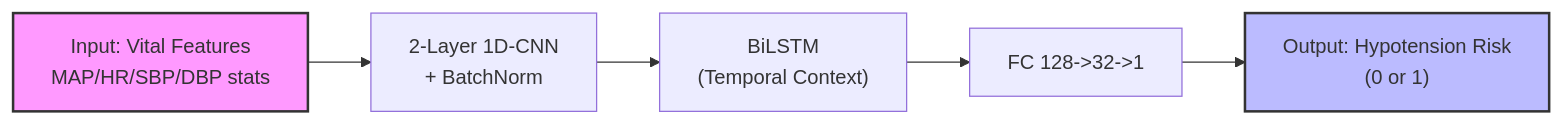
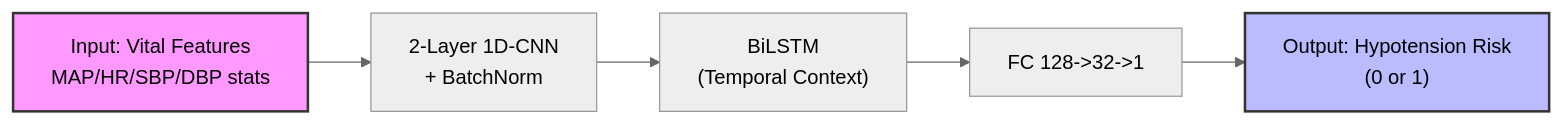
One commit to heuiseung/VitalDB-Hypotension-Prediction changed the diagram in README.md. Above: the diagram before and after it, drawn with Mermaid.

Commit message:
Update: Mermaid diagram theme to neutral

````diff
--- a/README.md
+++ b/README.md
@@ -36,10 +36,11 @@
 ```mermaid
+%%{init: {'theme': 'neutral'}}%%
 graph LR
     A["Input: Vital Features<br/>MAP/HR/SBP/DBP stats"] --> B["2-Layer 1D-CNN<br/>+ BatchNorm"]
     B --> C["BiLSTM<br/>(Temporal Context)"]
     C --> D["FC 128->32->1"]
     D --> E["Output: Hypotension Risk<br/>(0 or 1)"]
     
     style A fill:#f9f,stroke:#333,stroke-width:2px
     style E fill:#bbf,stroke:#333,stroke-width:2px
 ```
````
